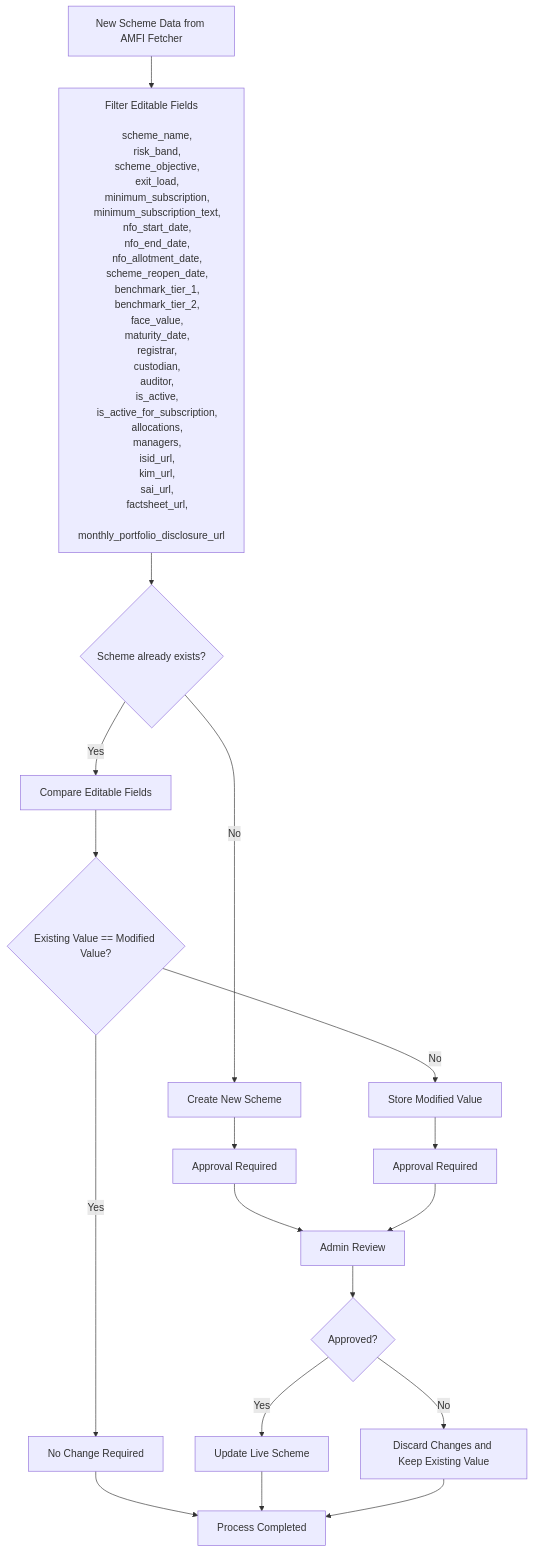
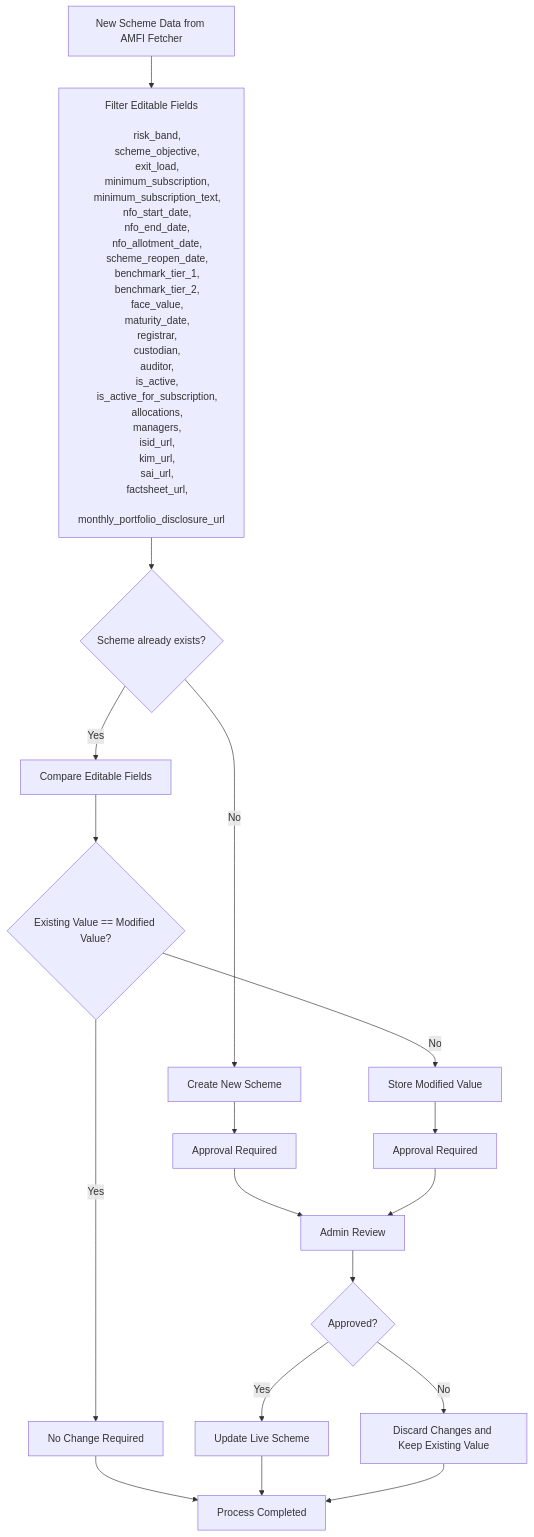
One commit to Satyam4755/Dhanada changed the diagram in dhanada/DOCTYPE architecture ER diagram.md. Above: the diagram before and after it, drawn with Mermaid.

Commit message:
added the flow diagram V2.0

````diff
--- a/dhanada/DOCTYPE architecture ER diagram.md
+++ b/dhanada/DOCTYPE architecture ER diagram.md
@@ -4,60 +4,59 @@
 ```mermaid
 flowchart TD
 
     A[New Scheme Data from AMFI Fetcher]
 
     A --> B["Filter Editable Fields
 
-    scheme_name,
     risk_band,
     scheme_objective,
     exit_load,
     minimum_subscription,
     minimum_subscription_text,
     nfo_start_date,
     nfo_end_date,
     nfo_allotment_date,
     scheme_reopen_date,
     benchmark_tier_1,
     benchmark_tier_2,
     face_value,
     maturity_date,
     registrar,
     custodian,
     auditor,
     is_active,
     is_active_for_subscription,
     allocations,
     managers,
     isid_url,
     kim_url,
     sai_url,
     factsheet_url,
     monthly_portfolio_disclosure_url"]
 
     B --> C{Scheme already exists?}
 
     C -- No --> D[Create New Scheme]
     D --> E[Approval Required]
     E --> F[Admin Review]
 
     C -- Yes --> G[Compare Editable Fields]
 
     G --> H{Existing Value == Modified Value?}
 
     H -- Yes --> I[No Change Required]
 
     H -- No --> J[Store Modified Value]
     J --> K[Approval Required]
     K --> F
 
     F --> L{Approved?}
 
     L -- Yes --> M[Update Live Scheme]
 
     L -- No --> N[Discard Changes and Keep Existing Value]
 
     I --> O[Process Completed]
     M --> O
     N --> O
 ```
````
